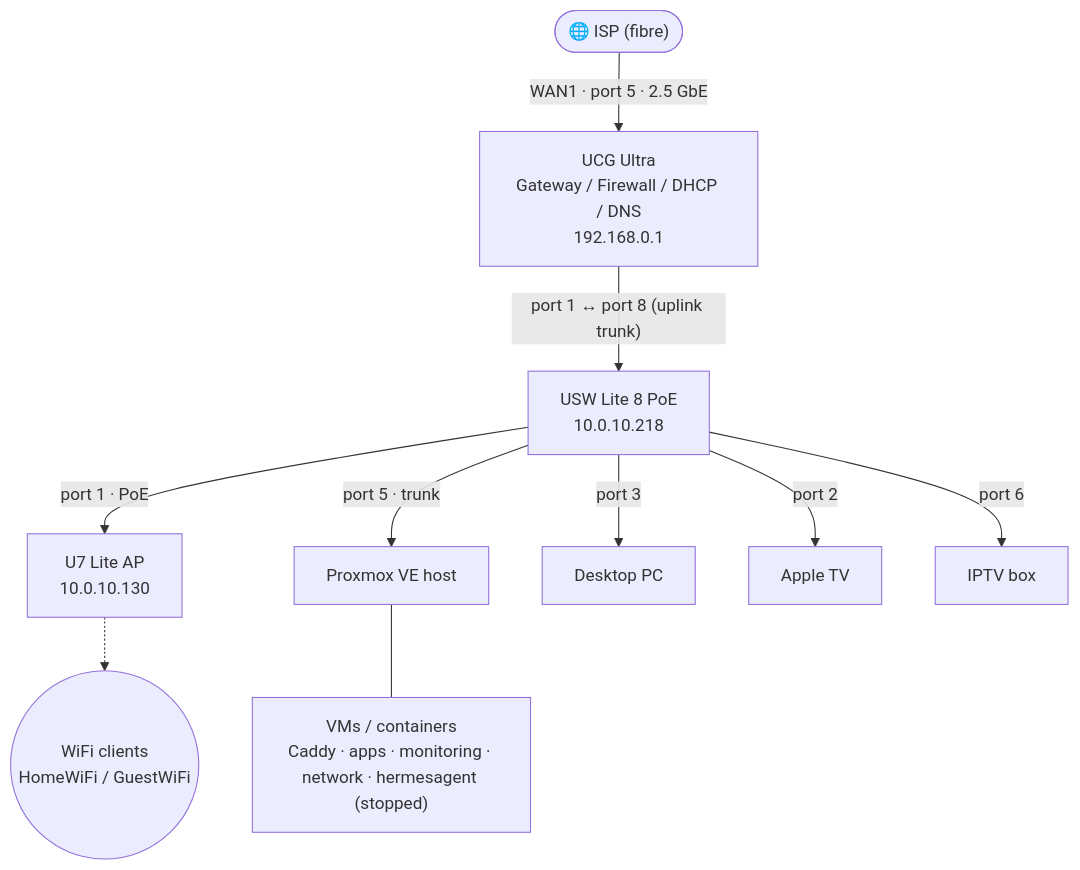
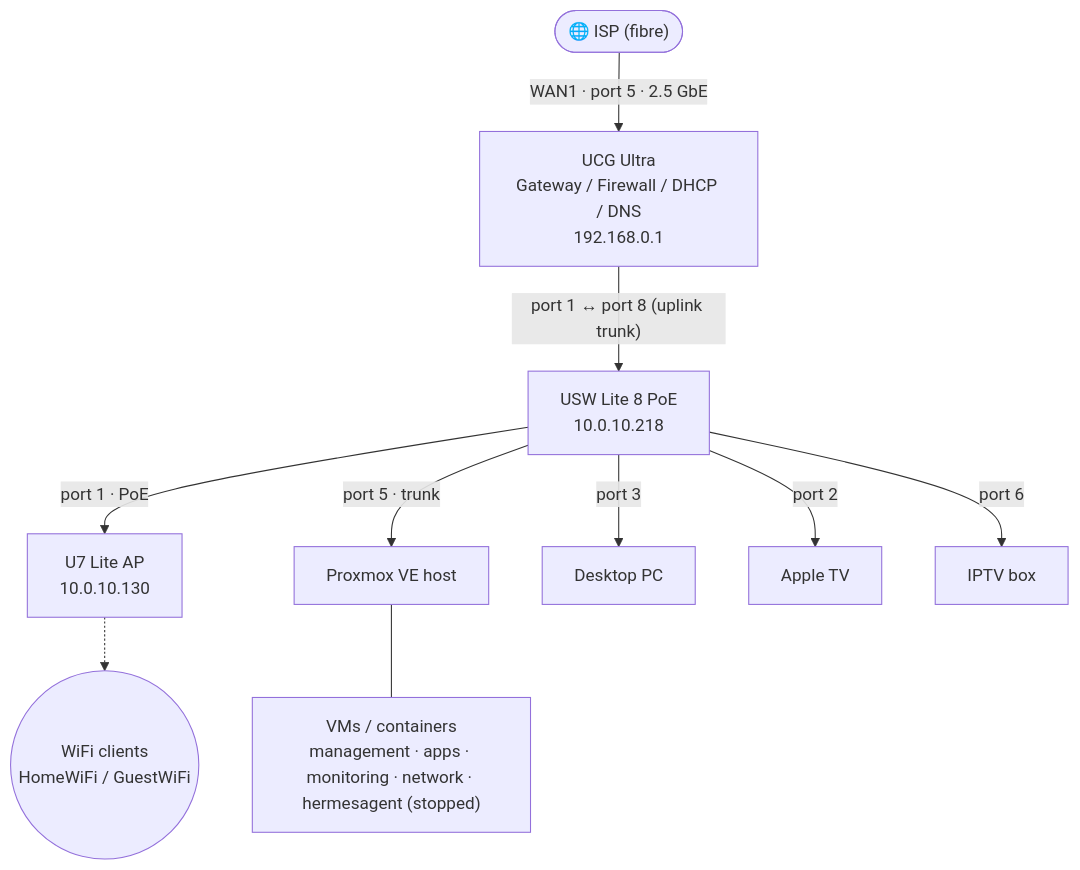
One commit to shaaz-f/home-server changed the first of 2 diagrams in README.md. Above: the diagram before and after it, drawn with Mermaid. The commit also changed other lines of this file and 5 other files, not shown here.

Commit message:
Document management LXC with Caddy for admin tools

````diff
--- a/README.md
+++ b/README.md
@@ -26,23 +26,23 @@
 ```mermaid
 flowchart TD
     ISP(["🌐 ISP (fibre)"])
     GW["UCG Ultra<br/>Gateway / Firewall / DHCP / DNS<br/>192.168.0.1"]
     SW["USW Lite 8 PoE<br/>10.0.10.218"]
     AP["U7 Lite AP<br/>10.0.10.130"]
     PVE["Proxmox VE host"]
     PC["Desktop PC"]
     ATV["Apple TV"]
     OTV["IPTV box"]
     WIFI(("WiFi clients<br/>HomeWiFi / GuestWiFi"))
-    VMS["VMs / containers<br/>Caddy · apps · monitoring · network · hermesagent (stopped)"]
+    VMS["VMs / containers<br/>management · apps · monitoring · network · hermesagent (stopped)"]
 
     ISP -- "WAN1 · port 5 · 2.5 GbE" --> GW
     GW -- "port 1 ↔ port 8 (uplink trunk)" --> SW
     SW -- "port 1 · PoE" --> AP
     SW -- "port 2" --> ATV
     SW -- "port 3" --> PC
     SW -- "port 5 · trunk" --> PVE
     SW -- "port 6" --> OTV
     AP -.-> WIFI
     PVE --- VMS
 ```
````
